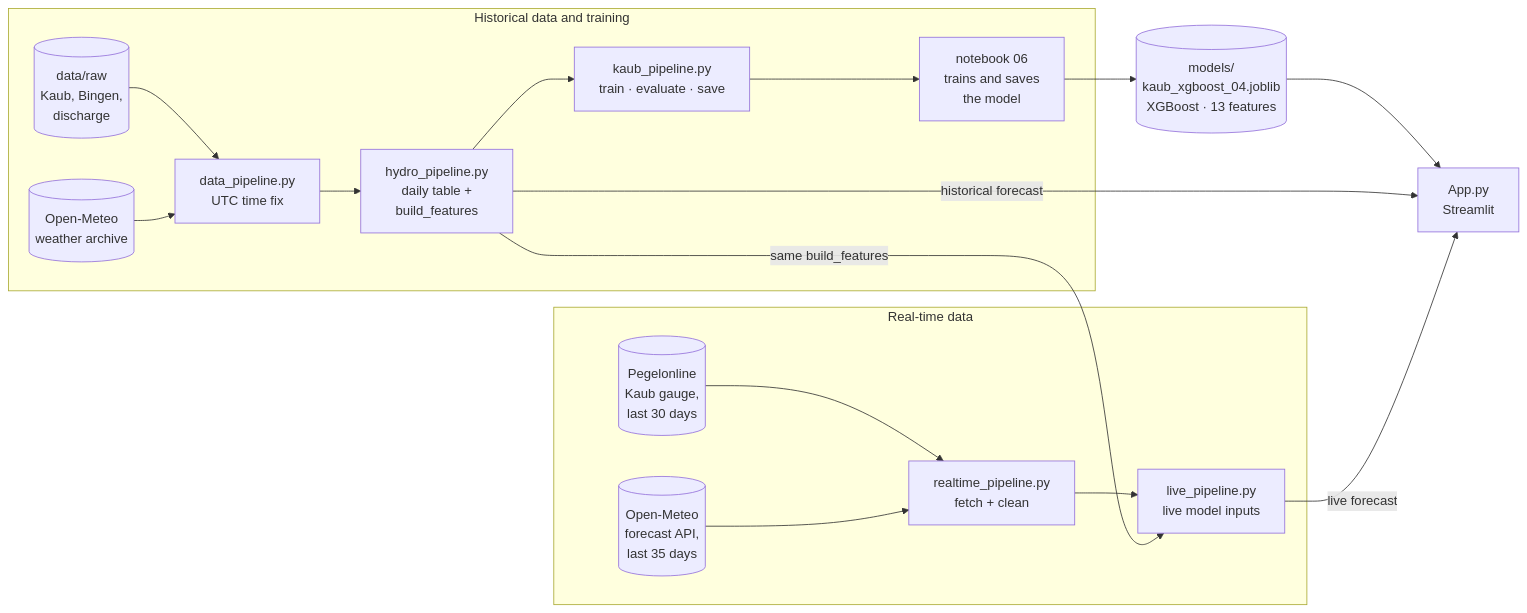
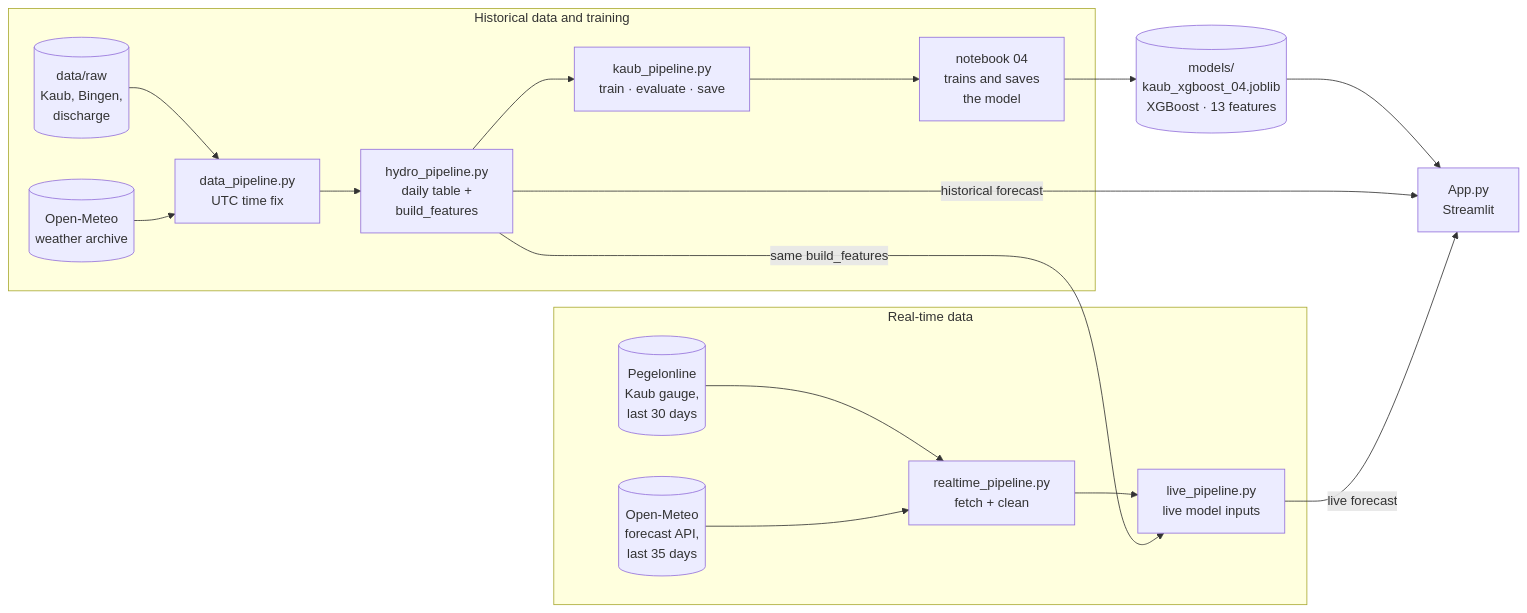
The diagram in docs/pipelines.md (PrithviHe/Rhine-cargo-advisor), drawn with Mermaid before and after one commit. The commit also changed other lines of this file and 7 other files, not shown here.

````diff
--- a/docs/pipelines.md
+++ b/docs/pipelines.md
@@ -12,24 +12,24 @@
 ```mermaid
 flowchart LR
     subgraph HIST["Historical data and training"]
         RAW[(data/raw<br/>Kaub, Bingen,<br/>discharge)] --> DP[data_pipeline.py<br/>UTC time fix]
         WX[(Open-Meteo<br/>weather archive)] --> DP
         DP --> HP[hydro_pipeline.py<br/>daily table +<br/>build_features]
         HP --> KP[kaub_pipeline.py<br/>train · evaluate · save]
-        KP --> NB6[notebook 06<br/>trains and saves<br/>the model]
+        KP --> NB6[notebook 04<br/>trains and saves<br/>the model]
     end
 
     NB6 --> MODEL[(models/<br/>kaub_xgboost_04.joblib<br/>XGBoost · 13 features)]
 
     subgraph LIVE["Real-time data"]
         PEG[(Pegelonline<br/>Kaub gauge,<br/>last 30 days)] --> RP[realtime_pipeline.py<br/>fetch + clean]
         OM[(Open-Meteo<br/>forecast API,<br/>last 35 days)] --> RP
         RP --> LP[live_pipeline.py<br/>live model inputs]
     end
 
     HP -- same build_features --> LP
 
     MODEL --> APP[App.py<br/>Streamlit]
     HP -- historical forecast --> APP
     LP -- live forecast --> APP
 ```
````
